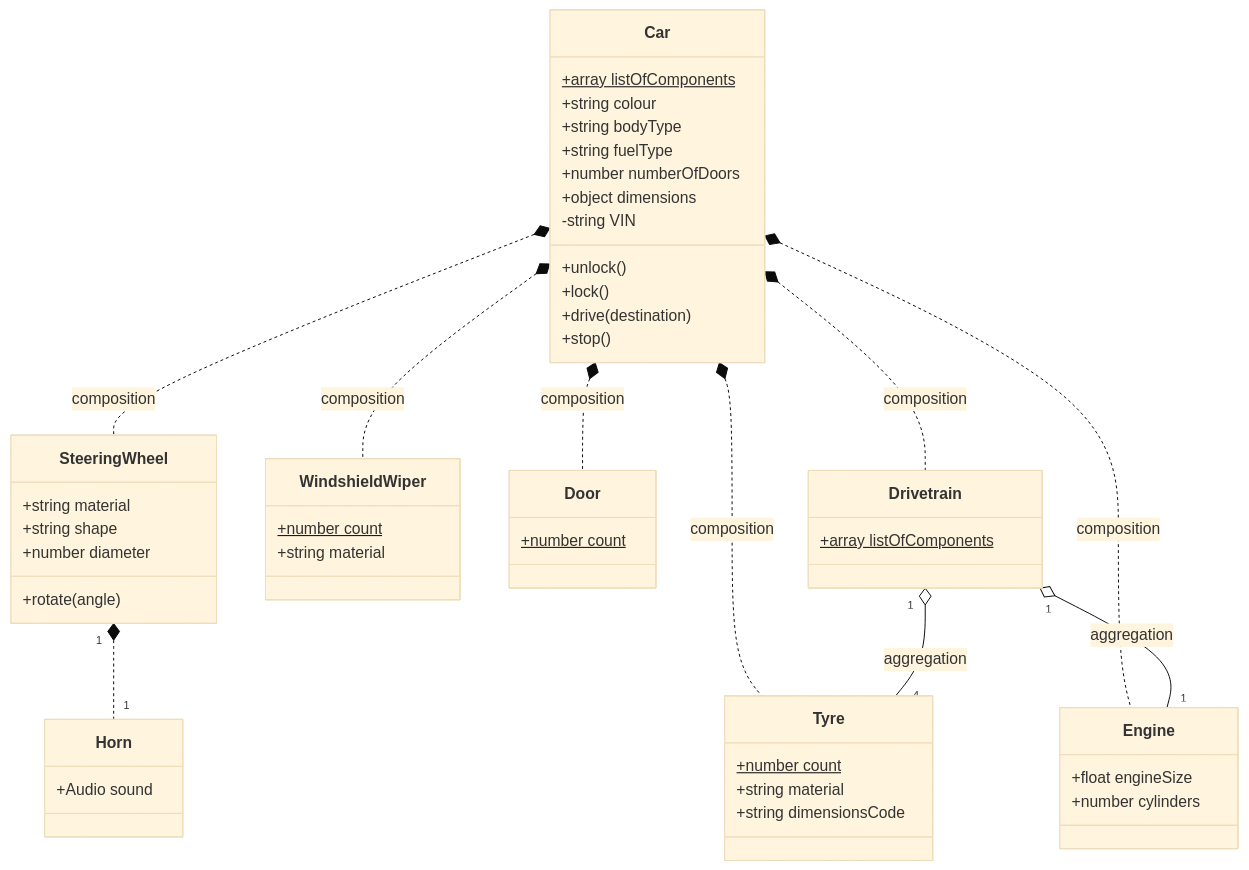
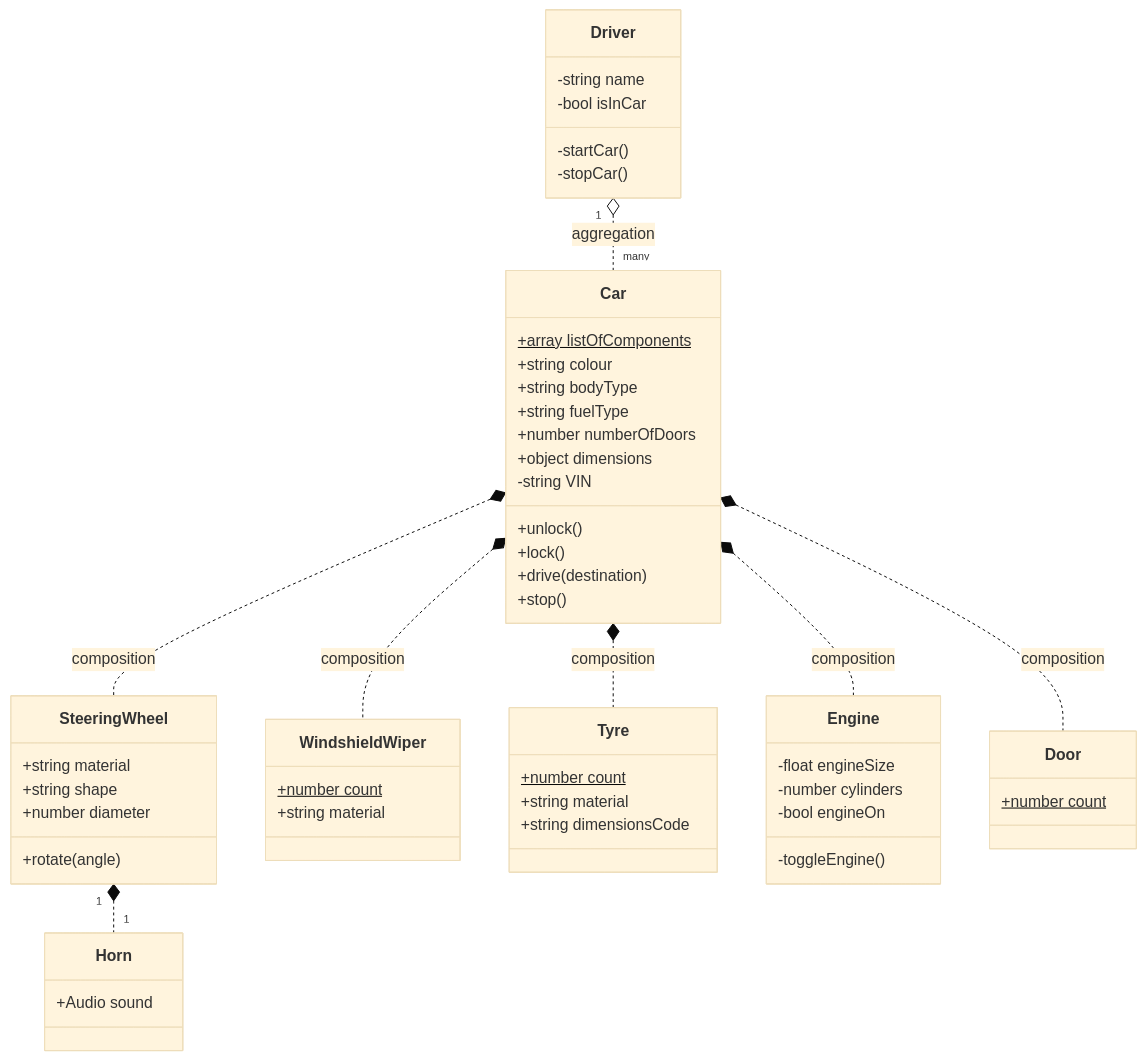
The diagram in Bootcamp/W3/D4/Coding_Rooms/class_diagram.mmd (abdullah-sah/Multiverse), drawn with Mermaid (base theme) before and after one commit. The commit also changed 1 other file, not shown here.

```diff
--- a/Bootcamp/W3/D4/Coding_Rooms/class_diagram.mmd
+++ b/Bootcamp/W3/D4/Coding_Rooms/class_diagram.mmd
@@ -1,63 +1,69 @@
 classDiagram
 	%% the '$' symbol represents a static property/method
+
+	class Driver {
+		-string name
+		-bool isInCar
+		-startCar()
+		-stopCar()
+	}
+
 	class Car {
 		+array listOfComponents$
 		+string colour
 		+string bodyType
 		+string fuelType
 		+number numberOfDoors
 		+object dimensions
 		-string VIN
 		
 		+unlock()
 		+lock()
 		+drive(destination)
 		+stop()
 	}
 
 	class SteeringWheel {
 		+string material
 		+string shape
 		+number diameter
 		+rotate(angle)
 	}
 
 	class WindshieldWiper {
 		+number count$
 		+string material
 	}
 
 	class Horn {
 		+Audio sound
 	}
 
 	class Tyre {
 		+number count$
 		+string material
 		+string dimensionsCode
 	}
 
 	class Engine {
-		+float engineSize
-		+number cylinders
+		-float engineSize
+		-number cylinders
+		-bool engineOn
+		-toggleEngine()
 	}
 
 	class Door {
 		+number count$
 	}
-
-	class Drivetrain {
-		+array listOfComponents$
-	}
 	
 
+
+
+	Driver "1" o.. "many" Car : aggregation
 	Car *.. SteeringWheel : composition
 	Car *.. Tyre : composition
 	Car *.. Engine : composition
 	Car *.. WindshieldWiper : composition
 	Car *.. Door : composition
-	Car *.. Drivetrain : composition
-	Drivetrain "1" o-- "1" Engine : aggregation
-	Drivetrain "1" o-- "4" Tyre : aggregation
 
 	SteeringWheel "1" *.. "1" Horn
```
